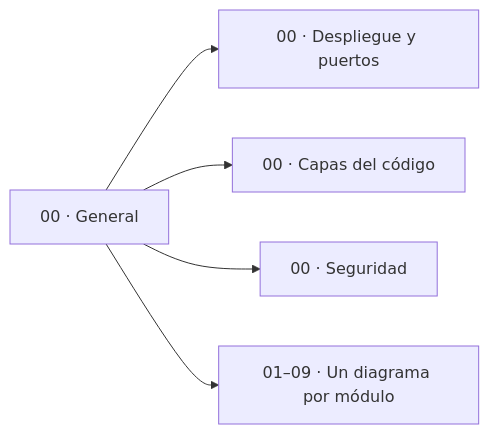
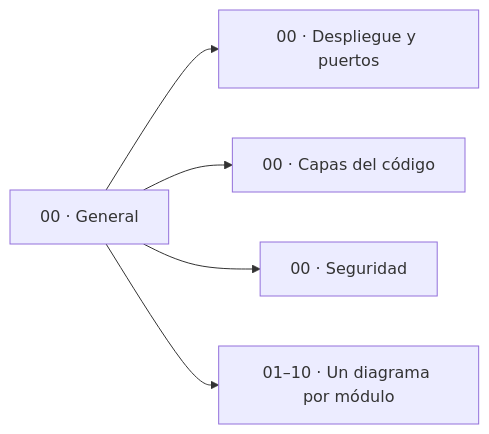
The diagram in documentacion/02-arquitectura/README.md (PabloP150/proyecto-is-cc6), drawn with Mermaid before and after one commit. The commit also changed other lines of this file and 204 other files, not shown here.

First line of the commit message:
docs: update all documentation, diagrams and PNGs to the test/e2e state

````diff
--- a/documentacion/02-arquitectura/README.md
+++ b/documentacion/02-arquitectura/README.md
@@ -5,7 +7,7 @@
 ```mermaid
 flowchart LR
     G["00 · General"] --> P["00 · Despliegue y puertos"]
     G --> L["00 · Capas del código"]
     G --> S["00 · Seguridad"]
-    G --> M["01–09 · Un diagrama por módulo"]
+    G --> M["01–10 · Un diagrama por módulo"]
 ```
````
